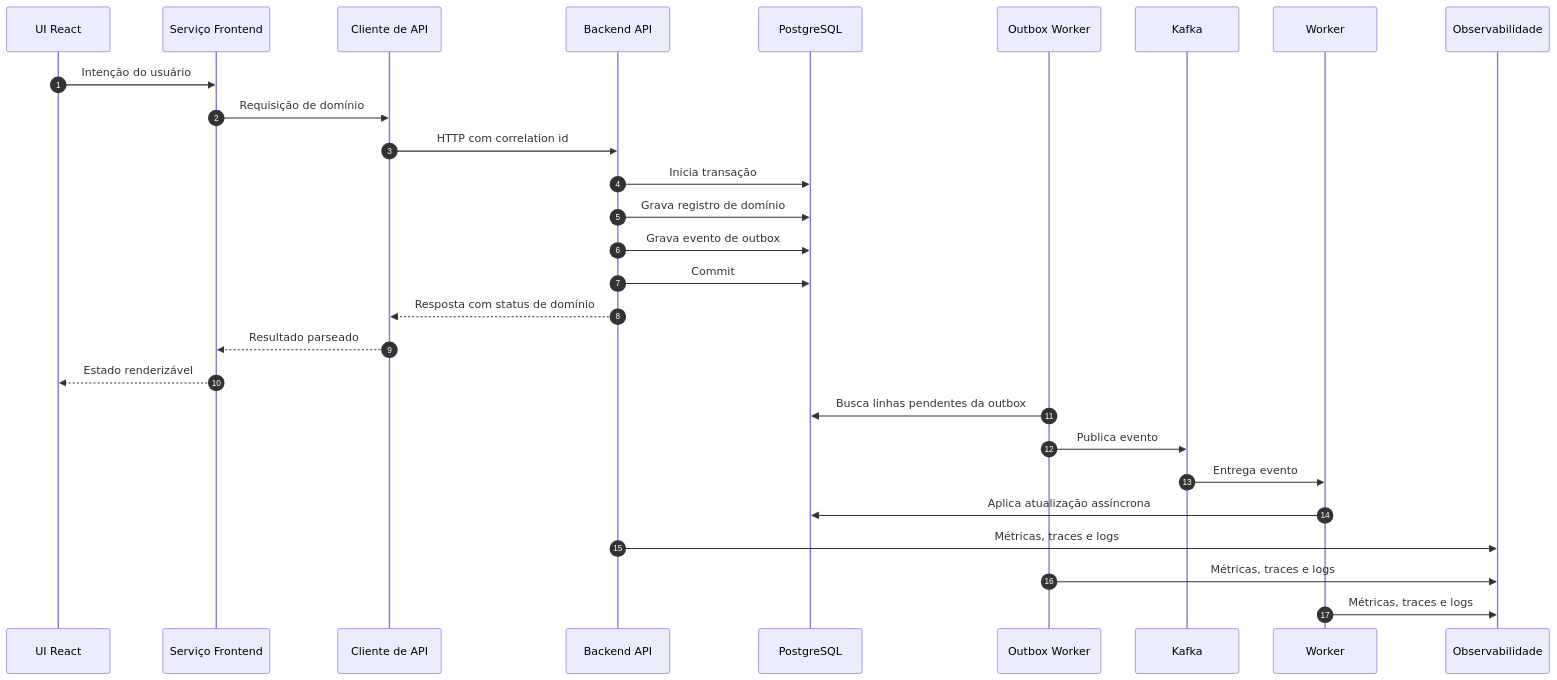
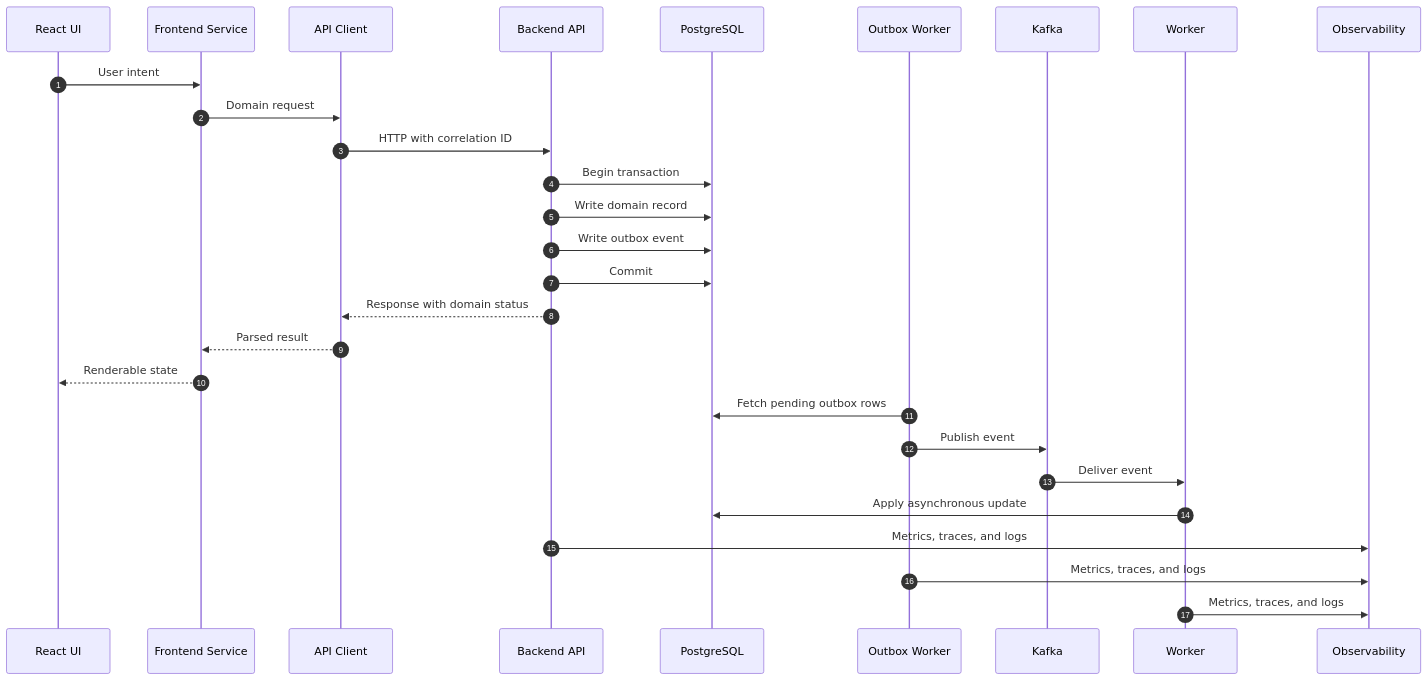
The second of 3 diagrams in event-driven-order-processing-system-main/fullstack-system-design-playbook/docs/architecture.md (Thiago771414/event-driven-order-processing-system), drawn with Mermaid before and after one commit. The commit also changed other lines of this file and 19 other files, not shown here.

````diff
--- a/event-driven-order-processing-system-main/fullstack-system-design-playbook/docs/architecture.md
+++ b/event-driven-order-processing-system-main/fullstack-system-design-playbook/docs/architecture.md
@@ -51,31 +50,31 @@
 ```mermaid
 sequenceDiagram
   autonumber
-  participant UI as UI React
-  participant SVC as Serviço Frontend
-  participant HTTP as Cliente de API
+  participant UI as React UI
+  participant SVC as Frontend Service
+  participant HTTP as API Client
   participant API as Backend API
   participant PG as PostgreSQL
   participant OB as Outbox Worker
   participant K as Kafka
   participant W as Worker
-  participant O as Observabilidade
+  participant O as Observability
 
-  UI->>SVC: Intenção do usuário
-  SVC->>HTTP: Requisição de domínio
-  HTTP->>API: HTTP com correlation id
-  API->>PG: Inicia transação
-  API->>PG: Grava registro de domínio
-  API->>PG: Grava evento de outbox
+  UI->>SVC: User intent
+  SVC->>HTTP: Domain request
+  HTTP->>API: HTTP with correlation ID
+  API->>PG: Begin transaction
+  API->>PG: Write domain record
+  API->>PG: Write outbox event
   API->>PG: Commit
-  API-->>HTTP: Resposta com status de domínio
-  HTTP-->>SVC: Resultado parseado
-  SVC-->>UI: Estado renderizável
-  OB->>PG: Busca linhas pendentes da outbox
-  OB->>K: Publica evento
-  K->>W: Entrega evento
-  W->>PG: Aplica atualização assíncrona
-  API->>O: Métricas, traces e logs
-  OB->>O: Métricas, traces e logs
-  W->>O: Métricas, traces e logs
+  API-->>HTTP: Response with domain status
+  HTTP-->>SVC: Parsed result
+  SVC-->>UI: Renderable state
+  OB->>PG: Fetch pending outbox rows
+  OB->>K: Publish event
+  K->>W: Deliver event
+  W->>PG: Apply asynchronous update
+  API->>O: Metrics, traces, and logs
+  OB->>O: Metrics, traces, and logs
+  W->>O: Metrics, traces, and logs
 ```
````
